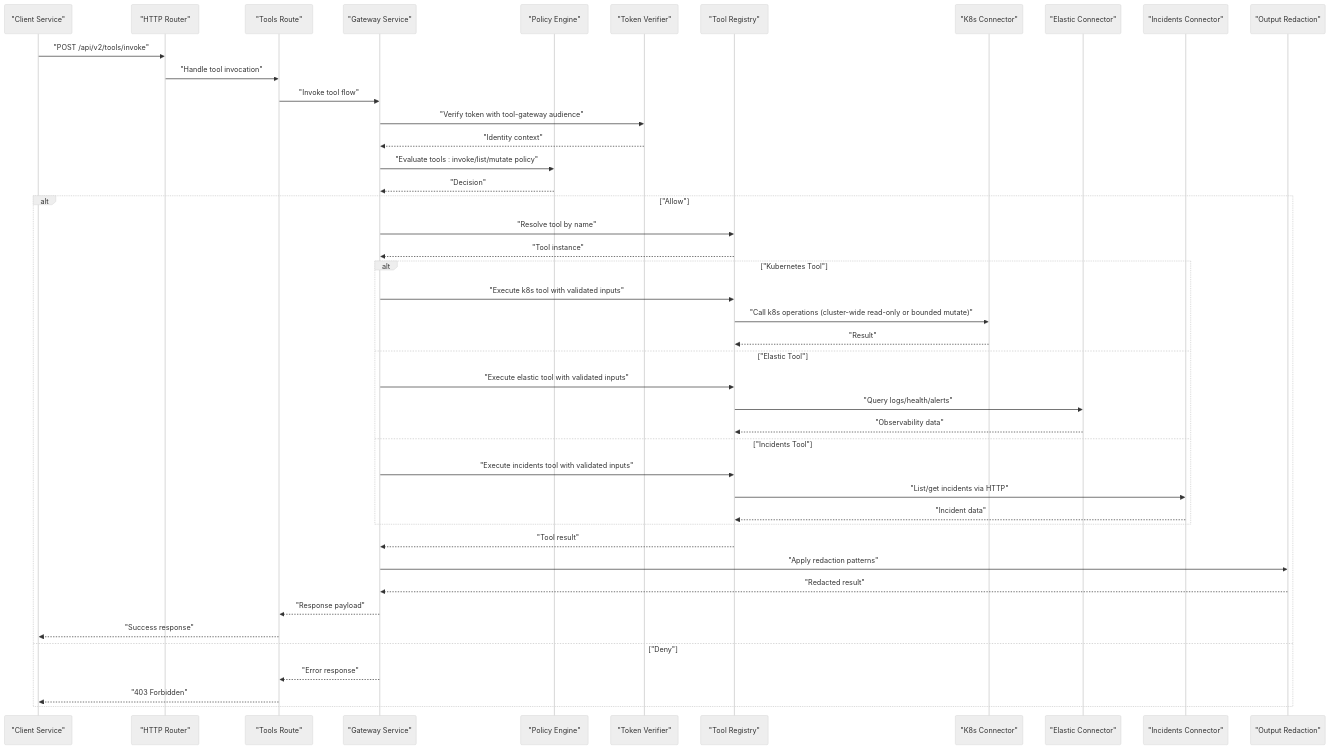
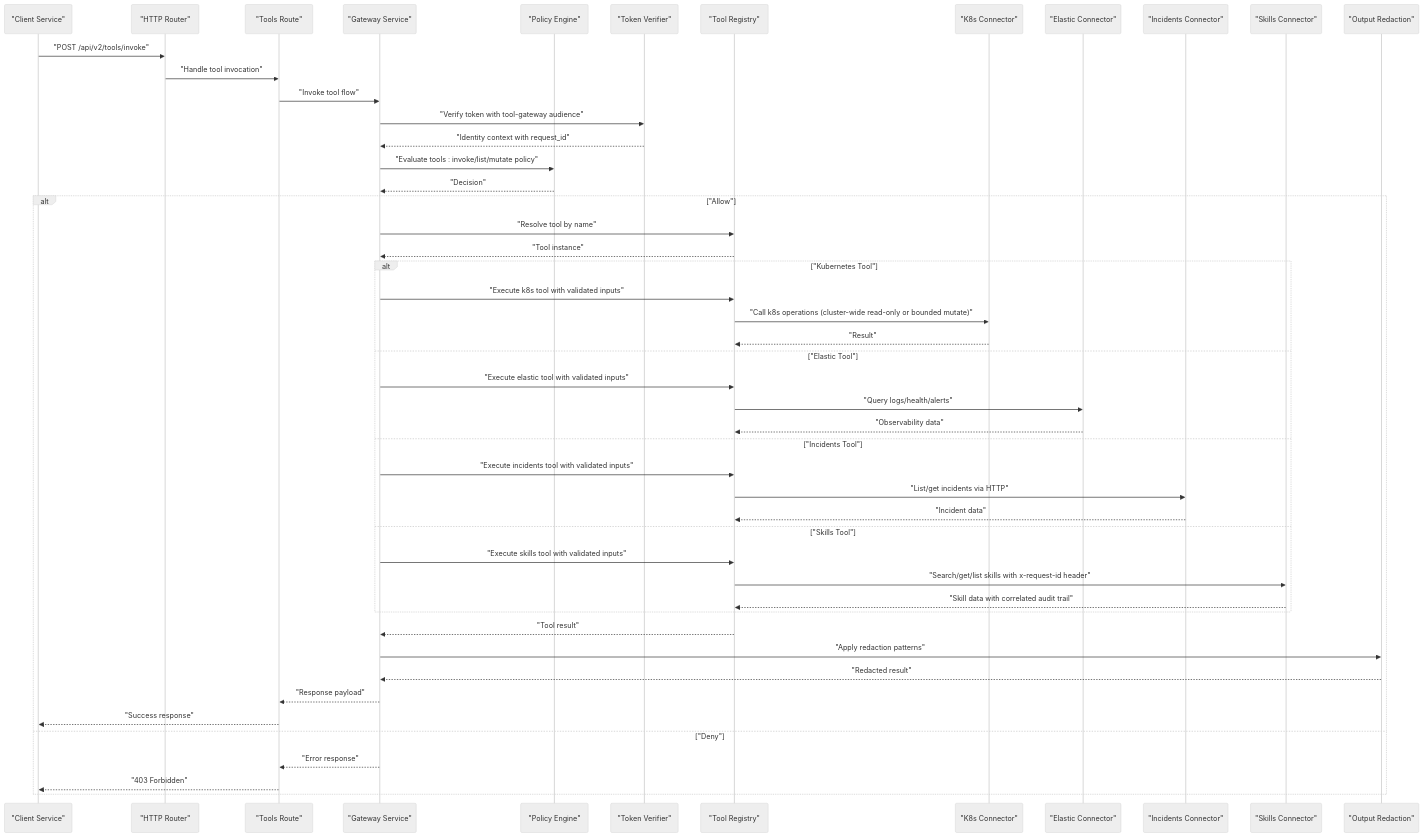
Before and after one commit to metasync/luban-aiops: the second of 13 diagrams in .qoder/repowiki/en/content/Tool Gateway Service/Tool Gateway Service.md, drawn with Mermaid (neutral theme). The commit also changed other lines of this file and 8 other files, not shown here.

````diff
--- a/.qoder/repowiki/en/content/Tool Gateway Service/Tool Gateway Service.md
+++ b/.qoder/repowiki/en/content/Tool Gateway Service/Tool Gateway Service.md
@@ -199,46 +211,51 @@
 ```mermaid
 sequenceDiagram
 participant Client as "Client Service"
 participant Router as "HTTP Router"
 participant ToolsRoute as "Tools Route"
 participant Gateway as "Gateway Service"
 participant Policy as "Policy Engine"
 participant Token as "Token Verifier"
 participant Registry as "Tool Registry"
 participant K8s as "K8s Connector"
 participant Elastic as "Elastic Connector"
 participant Incidents as "Incidents Connector"
+participant Skills as "Skills Connector"
 participant Redaction as "Output Redaction"
 Client->>Router : "POST /api/v2/tools/invoke"
 Router->>ToolsRoute : "Handle tool invocation"
 ToolsRoute->>Gateway : "Invoke tool flow"
 Gateway->>Token : "Verify token with tool-gateway audience"
-Token-->>Gateway : "Identity context"
+Token-->>Gateway : "Identity context with request_id"
 Gateway->>Policy : "Evaluate tools : invoke/list/mutate policy"
 Policy-->>Gateway : "Decision"
 alt "Allow"
 Gateway->>Registry : "Resolve tool by name"
 Registry-->>Gateway : "Tool instance"
 alt "Kubernetes Tool"
 Gateway->>Registry : "Execute k8s tool with validated inputs"
 Registry->>K8s : "Call k8s operations (cluster-wide read-only or bounded mutate)"
 K8s-->>Registry : "Result"
 else "Elastic Tool"
 Gateway->>Registry : "Execute elastic tool with validated inputs"
 Registry->>Elastic : "Query logs/health/alerts"
 Elastic-->>Registry : "Observability data"
 else "Incidents Tool"
 Gateway->>Registry : "Execute incidents tool with validated inputs"
 Registry->>Incidents : "List/get incidents via HTTP"
 Incidents-->>Registry : "Incident data"
+else "Skills Tool"
+Gateway->>Registry : "Execute skills tool with validated inputs"
+Registry->>Skills : "Search/get/list skills with x-request-id header"
+Skills-->>Registry : "Skill data with correlated audit trail"
 end
 Registry-->>Gateway : "Tool result"
 Gateway->>Redaction : "Apply redaction patterns"
 Redaction-->>Gateway : "Redacted result"
 Gateway-->>ToolsRoute : "Response payload"
 ToolsRoute-->>Client : "Success response"
 else "Deny"
 Gateway-->>ToolsRoute : "Error response"
 ToolsRoute-->>Client : "403 Forbidden"
 end
 ```
````
